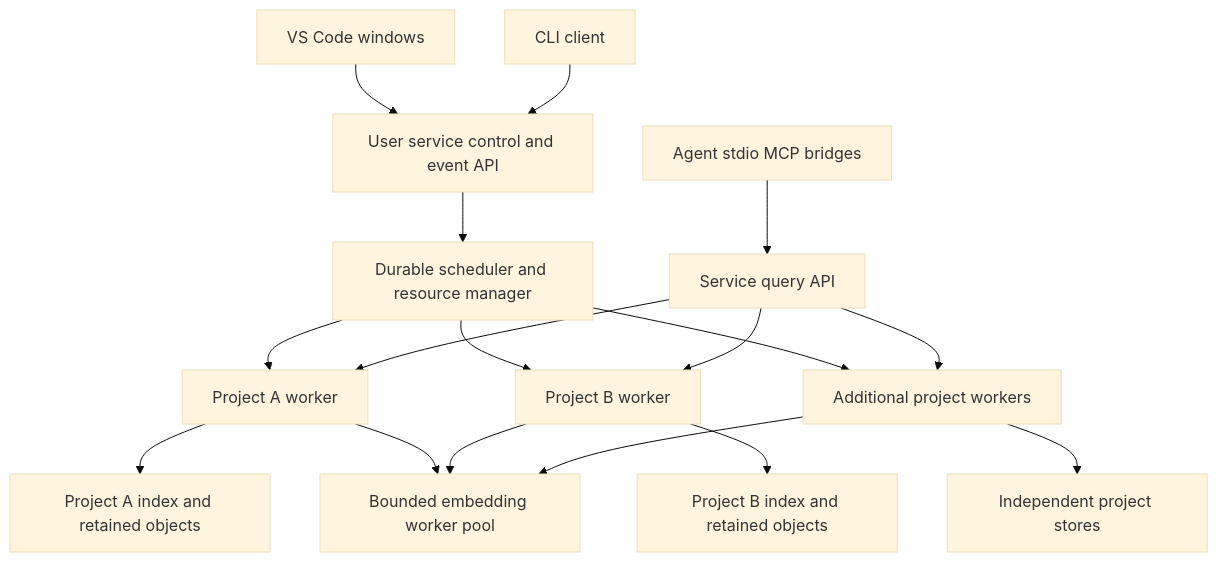
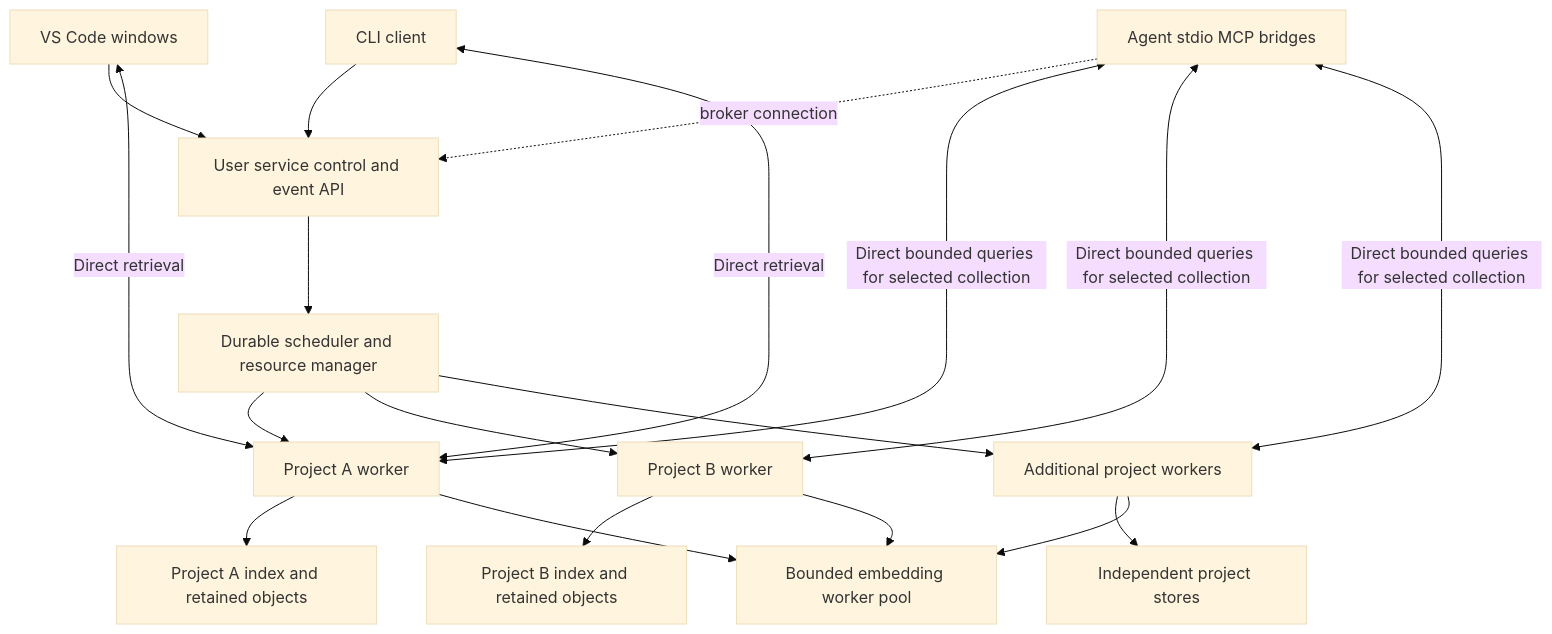
The diagram in docs/airkservice-architecture.md (iokaio/airk), drawn with Mermaid (base theme) before and after one commit. The commit also changed other lines of this file, not shown here.

Commit message:
docs: specify brokered AIRK service retrieval and implementation contracts

```diff
--- a/docs/airkservice-architecture.md
+++ b/docs/airkservice-architecture.md
@@ -77,19 +83,21 @@
 ~~~mermaid
 flowchart TD
     V[VS Code windows] --> C[User service control and event API]
     L[CLI client] --> C
-    M[Agent stdio MCP bridges] --> Q[Service query API]
+    M[Agent stdio MCP bridges] -. broker connection .-> C
     C --> S[Durable scheduler and resource manager]
     S --> A[Project A worker]
     S --> B[Project B worker]
     S --> N[Additional project workers]
-    Q --> A
-    Q --> B
-    Q --> N
+    M <-->|Direct bounded queries for selected collection| A
+    M <-->|Direct bounded queries for selected collection| B
+    M <-->|Direct bounded queries for selected collection| N
+    L <-->|Direct retrieval| A
+    V <-->|Direct retrieval| A
     A --> D1[Project A index and retained objects]
     B --> D2[Project B index and retained objects]
     N --> D3[Independent project stores]
     A --> E[Bounded embedding worker pool]
     B --> E
     N --> E
 ~~~
```
